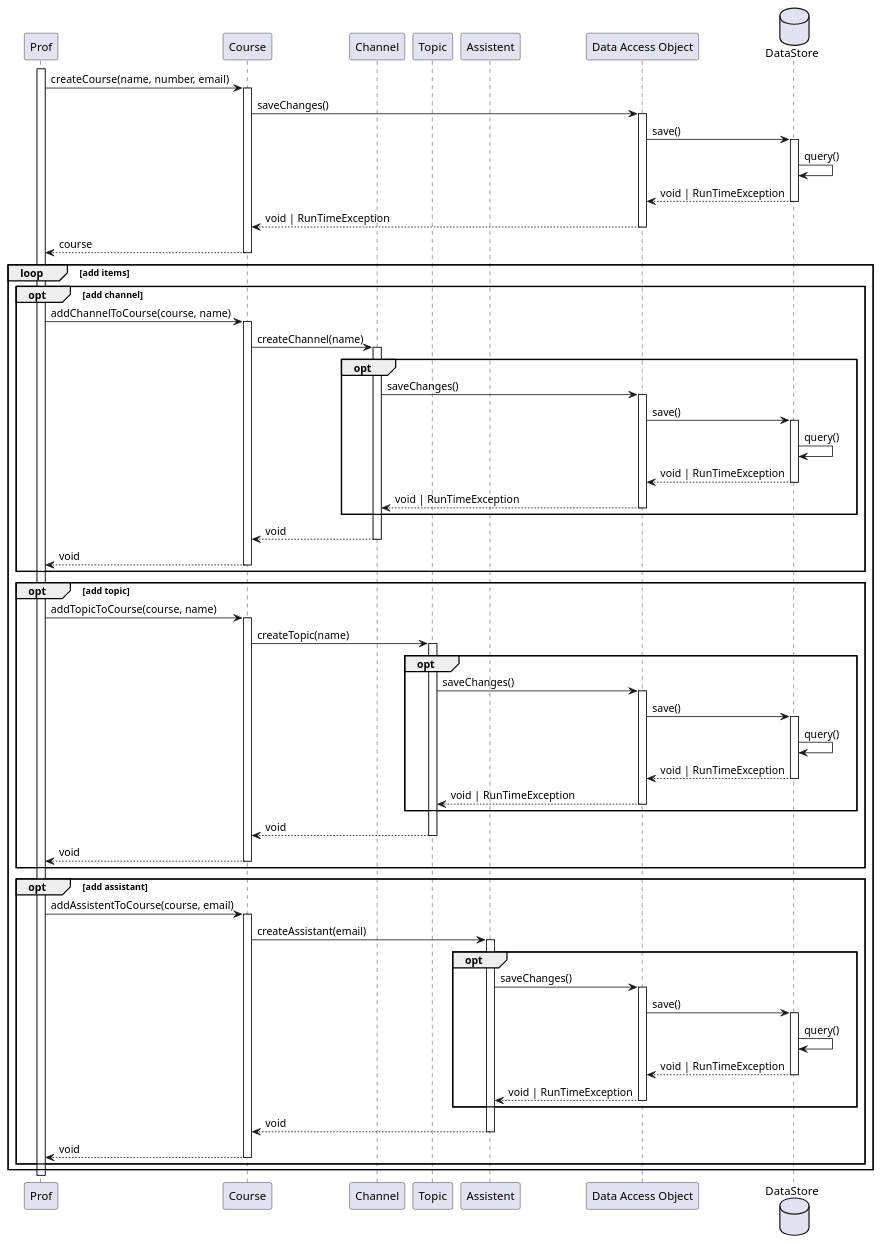
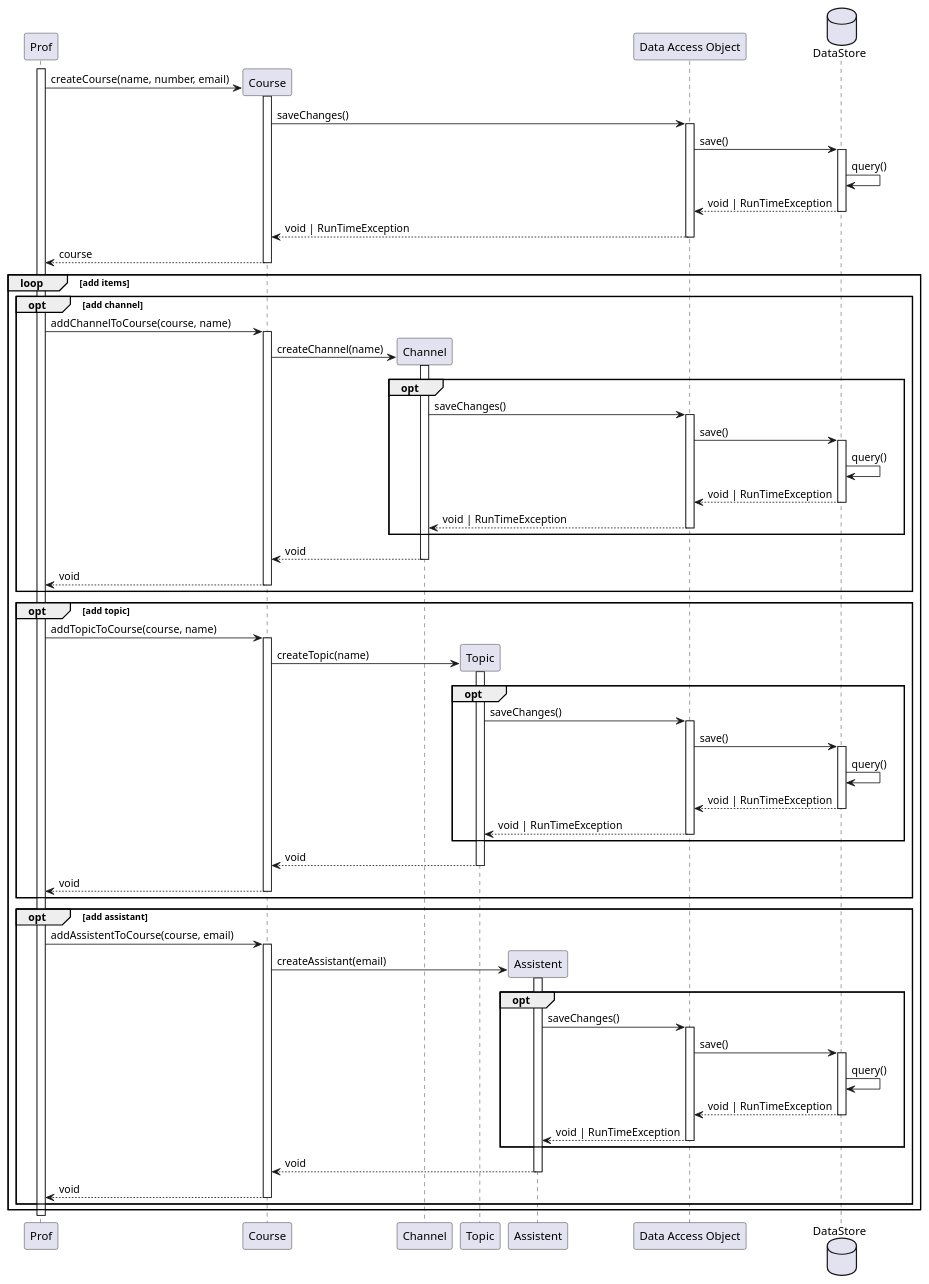
Before and after one commit to Singh-Kiran-P/StuNet: the diagram in Diagrams/Sequence_Diagrams/create_course.puml, drawn with PlantUML.

Commit message:
docs: Fix creation position sequence diagram create course

```diff
--- a/Diagrams/Sequence_Diagrams/create_course.puml
+++ b/Diagrams/Sequence_Diagrams/create_course.puml
@@ -3,97 +3,97 @@
 @startuml create course sequention diagram
 participant Prof
 participant Course
 participant Channel
 participant Topic
 participant Assistent
 participant "Data Access Object"
 database DataStore
 
 activate Prof
-    Prof -> Course: createCourse(name, number, email)
+    Prof -> Course **: createCourse(name, number, email)
     activate Course
 
         Course -> "Data Access Object": saveChanges()
         activate "Data Access Object"
             "Data Access Object" -> DataStore: save()
             activate DataStore
                 DataStore -> DataStore: query()
                 DataStore --> "Data Access Object": void | RunTimeException
             deactivate DataStore
             "Data Access Object" --> Course: void | RunTimeException
         deactivate "Data Access Object"
     Course --> Prof: course
     deactivate Course
 
     loop add items
         opt add channel
             'channel op hoogte van pijl normaal gezien
             Prof -> Course: addChannelToCourse(course, name)
             activate Course
-                Course -> Channel: createChannel(name)
+                Course -> Channel **: createChannel(name)
                 activate Channel
                     opt
                         Channel -> "Data Access Object": saveChanges()
                         activate "Data Access Object"
                             "Data Access Object" -> DataStore: save()
                             activate DataStore
                                 DataStore -> DataStore: query()
                                 DataStore --> "Data Access Object": void | RunTimeException
                             deactivate DataStore
                             "Data Access Object" --> Channel: void | RunTimeException
                         deactivate "Data Access Object"
                     end
                     Channel --> Course: void
                 deactivate Channel
                 Course --> Prof: void
             deactivate Course
         end
 
         opt add topic
             ' activate Course
             Prof -> Course: addTopicToCourse(course, name)
             activate Course
-                Course -> Topic: createTopic(name)
+                Course -> Topic **: createTopic(name)
                 activate Topic
                     opt
                         Topic -> "Data Access Object": saveChanges()
                         activate "Data Access Object"
                             "Data Access Object" -> DataStore: save()
                             activate DataStore
                                 DataStore -> DataStore: query()
                                 DataStore --> "Data Access Object": void | RunTimeException
                             deactivate DataStore
                             "Data Access Object" --> Topic: void | RunTimeException
                         deactivate "Data Access Object"
                     end
                     Topic --> Course: void
                 deactivate Topic
                 Course --> Prof: void
             deactivate Course
         end
 
         opt add assistant
             Prof -> Course: addAssistentToCourse(course, email)
             activate Course
-                Course -> Assistent: createAssistant(email)
+                Course -> Assistent **: createAssistant(email)
                 activate Assistent
                     opt
                         Assistent -> "Data Access Object": saveChanges()
                         activate "Data Access Object"
                             "Data Access Object" -> DataStore: save()
                             activate DataStore
                                 DataStore -> DataStore: query()
                                 DataStore --> "Data Access Object": void | RunTimeException
                             deactivate DataStore
                             "Data Access Object" --> Assistent: void | RunTimeException
                         deactivate "Data Access Object"
                     end
                     Assistent --> Course: void
                 deactivate Assistent
                 Course --> Prof: void
             deactivate Course
         end
     end
 deactivate Prof
 
 @enduml
```
